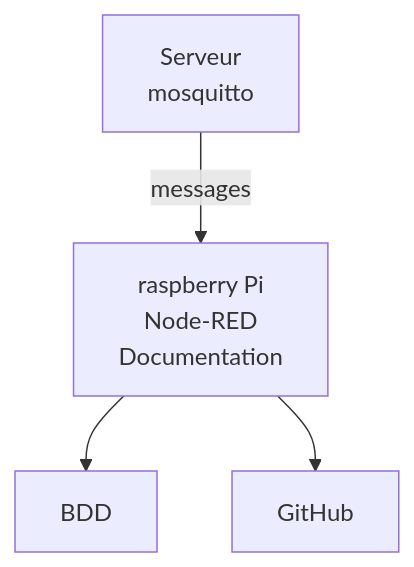
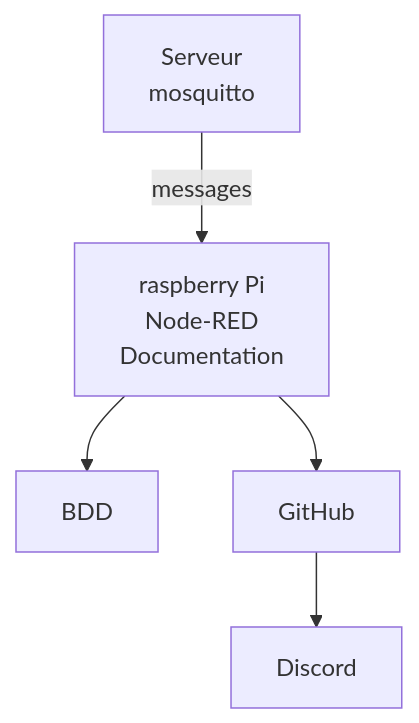
Before and after one commit to Ro-bit-ops/Rapport-Projet-Ronan-Henri: the first of 2 diagrams in README.md, drawn with Mermaid. The commit also changed other lines of this file, not shown here.

First line of the commit message:
Enhance README with project details and flowcharts

````diff
--- a/README.md
+++ b/README.md
@@ -4,6 +11,6 @@
 ```mermaid
 flowchart TD
     mosquitto[Serveur<br>mosquitto] --> |messages| RPi[raspberry Pi<br>Node-RED<br> Documentation]
     RPi --> BDD
-    RPi --> GitHub
+    RPi --> GitHub --> Discord
 ```
````
